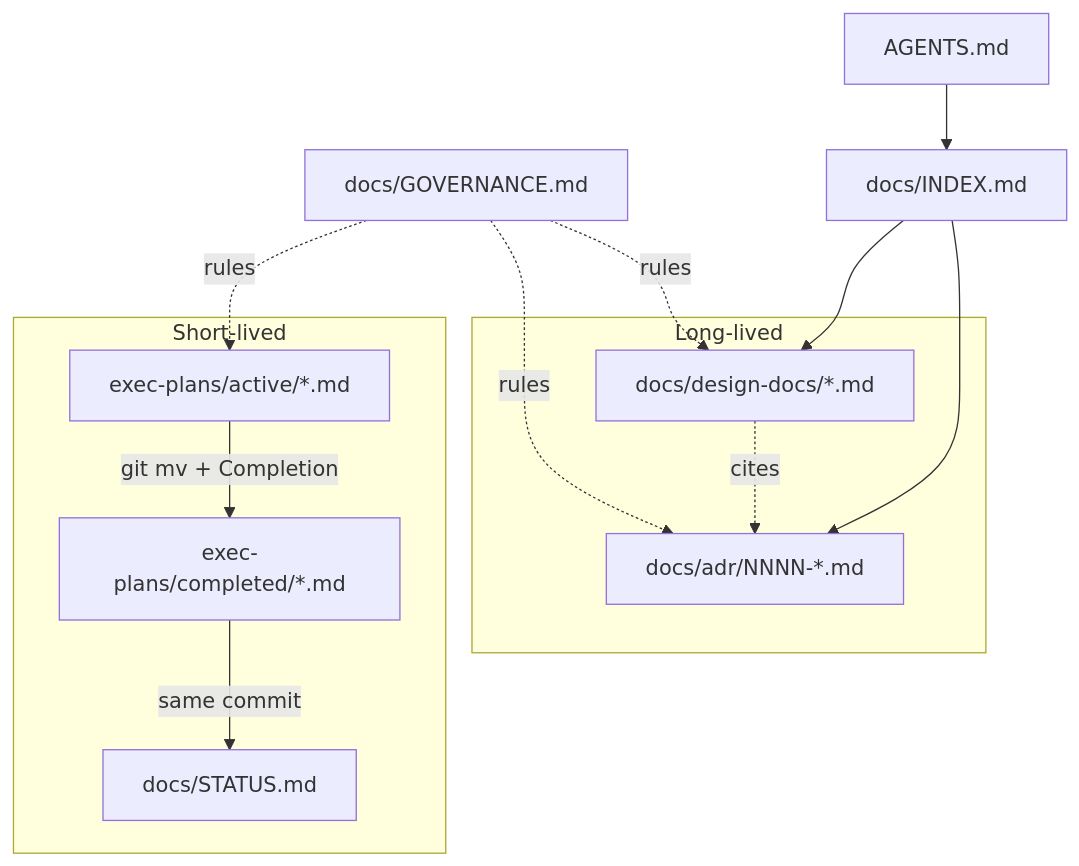
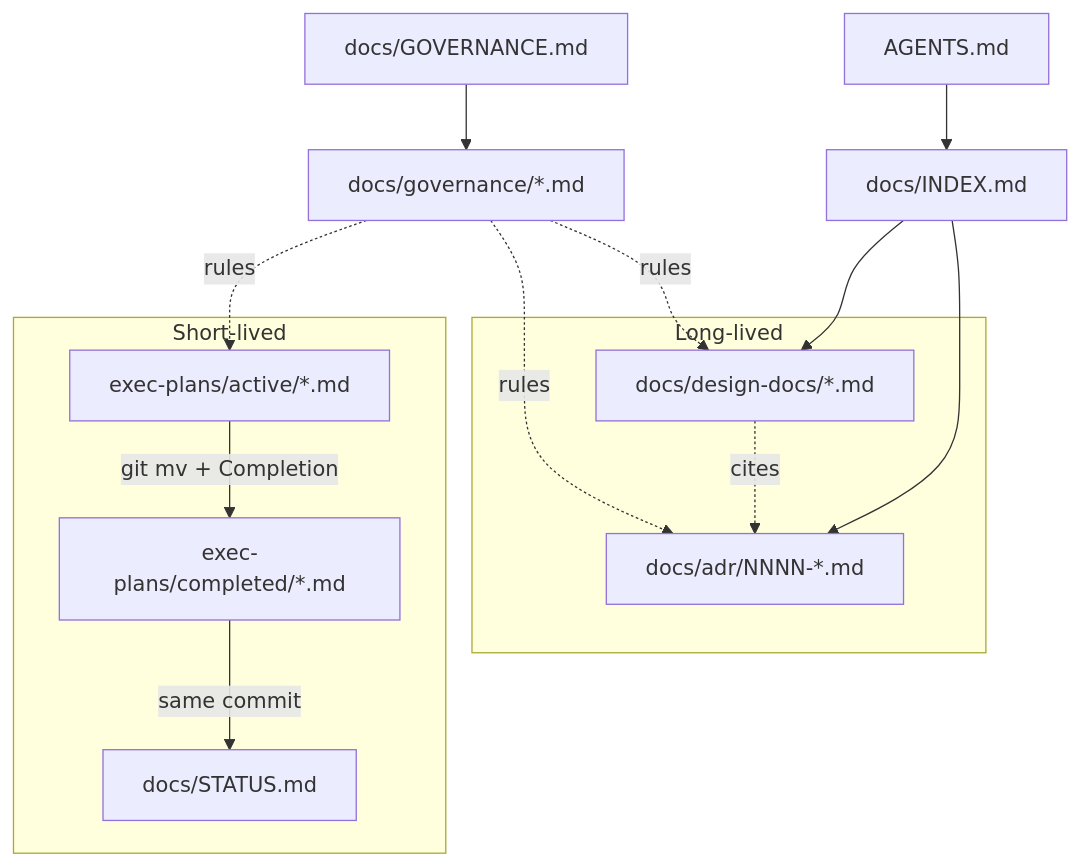
Before and after one commit to YooKyubin/SlotRogue: the diagram in DOCS-STRUCTURE.md, drawn with Mermaid. The commit also changed other lines of this file and 13 other files, not shown here.

````diff
--- a/DOCS-STRUCTURE.md
+++ b/DOCS-STRUCTURE.md
@@ -73,21 +76,22 @@
 ```mermaid
 flowchart TB
   subgraph longLived [Long-lived]
     ADR["docs/adr/NNNN-*.md"]
     DD["docs/design-docs/*.md"]
   end
   subgraph shortLived [Short-lived]
     ActiveEP["exec-plans/active/*.md"]
     DoneEP["exec-plans/completed/*.md"]
     Status["docs/STATUS.md"]
   end
   Agent["AGENTS.md"] --> Index["docs/INDEX.md"]
   Index --> DD
   Index --> ADR
   DD -. cites .-> ADR
   ActiveEP -->|"git mv + Completion"| DoneEP
   DoneEP -->|"same commit"| Status
-  Gov["docs/GOVERNANCE.md"] -. rules .-> ADR
-  Gov -. rules .-> DD
-  Gov -. rules .-> ActiveEP
+  Gov["docs/GOVERNANCE.md"] --> GovDetail["docs/governance/*.md"]
+  GovDetail -. rules .-> ADR
+  GovDetail -. rules .-> DD
+  GovDetail -. rules .-> ActiveEP
 ```
````
